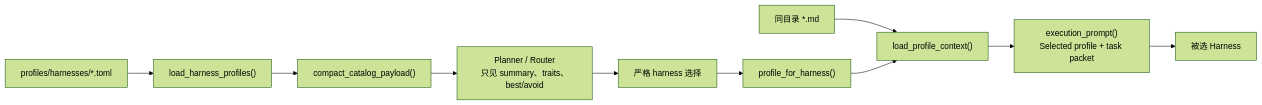
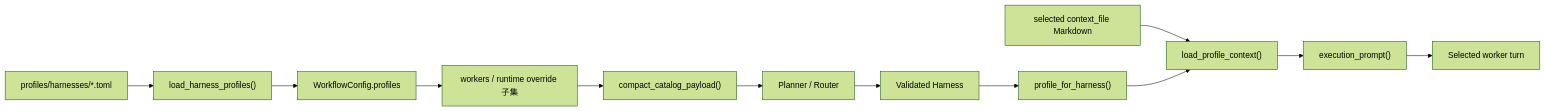
The diagram in droid-wiki/primitives/harness-profiles.md (oldwinter/herdr-orchestrator), drawn with Mermaid (forest theme) before and after one commit. The commit also changed other lines of this file and 62 other files, not shown here.

````diff
--- a/droid-wiki/primitives/harness-profiles.md
+++ b/droid-wiki/primitives/harness-profiles.md
@@ -22,12 +55,14 @@
 ```mermaid
 flowchart LR
-    TOML["profiles/harnesses/*.toml"] --> Load["load_harness_profiles()"]
-    Load --> Compact["compact_catalog_payload()"]
-    Compact --> Controller["Planner / Router\n只见 summary、traits、best/avoid"]
-    Controller --> Choice["严格 harness 选择"]
-    Choice --> Lookup["profile_for_harness()"]
-    MD["同目录 *.md"] --> OnDemand["load_profile_context()"]
-    Lookup --> OnDemand
-    OnDemand --> Prompt["execution_prompt()\nSelected profile + task packet"]
-    Prompt --> Worker["被选 Harness"]
+    TOML["profiles/harnesses/*.toml"] --> LOAD["load_harness_profiles()"]
+    LOAD --> CFG["WorkflowConfig.profiles"]
+    CFG --> SUBSET["workers / runtime override 子集"]
+    SUBSET --> COMPACT["compact_catalog_payload()"]
+    COMPACT --> CTRL["Planner / Router"]
+    CTRL --> CHOICE["Validated Harness"]
+    CHOICE --> LOOKUP["profile_for_harness()"]
+    MD["selected context_file Markdown"] --> ONDEMAND["load_profile_context()"]
+    LOOKUP --> ONDEMAND
+    ONDEMAND --> PACKET["execution_prompt()"]
+    PACKET --> WORKER["Selected worker turn"]
 ```
````
